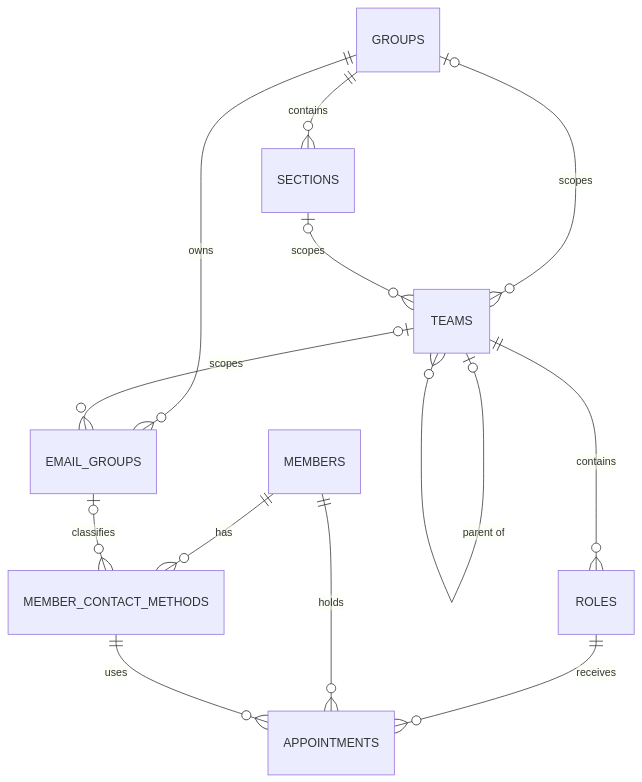
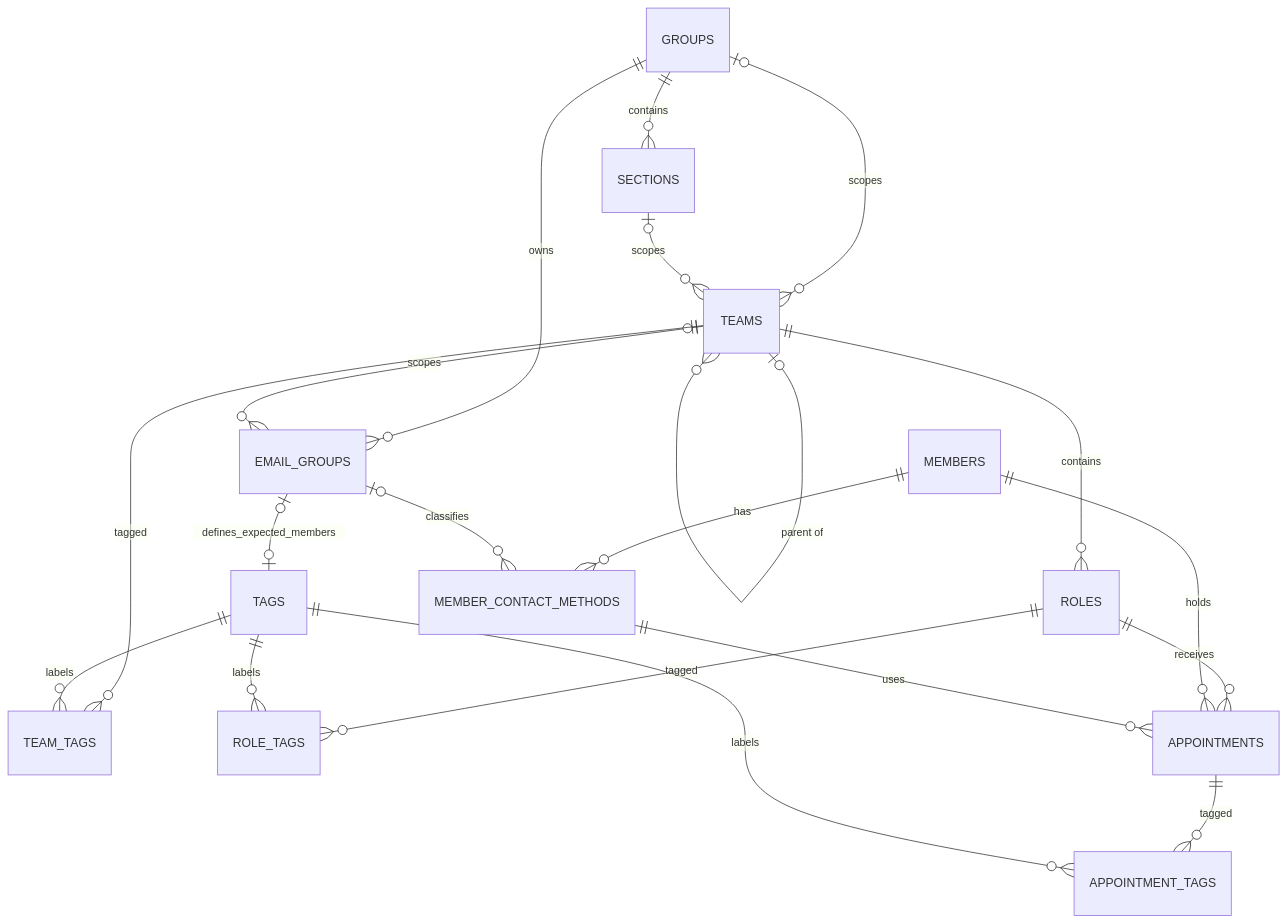
One commit to LBDistrictScouts/DistrictTeam changed the diagram in DATA_SCHEMA.md. Above: the diagram before and after it, drawn with Mermaid. The commit also changed other lines of this file and 56 other files, not shown here.

````diff
--- a/DATA_SCHEMA.md
+++ b/DATA_SCHEMA.md
@@ -9,15 +9,22 @@
 ```mermaid
 erDiagram
     GROUPS ||--o{ SECTIONS : contains
     GROUPS o|--o{ TEAMS : scopes
     GROUPS ||--o{ EMAIL_GROUPS : owns
+    EMAIL_GROUPS o|--o| TAGS : defines_expected_members
     SECTIONS o|--o{ TEAMS : scopes
     TEAMS o|--o{ TEAMS : "parent of"
     TEAMS o|--o{ EMAIL_GROUPS : scopes
     TEAMS ||--o{ ROLES : contains
+    TEAMS ||--o{ TEAM_TAGS : tagged
+    TAGS ||--o{ TEAM_TAGS : labels
+    ROLES ||--o{ ROLE_TAGS : tagged
+    TAGS ||--o{ ROLE_TAGS : labels
     MEMBERS ||--o{ MEMBER_CONTACT_METHODS : has
     EMAIL_GROUPS o|--o{ MEMBER_CONTACT_METHODS : classifies
     ROLES ||--o{ APPOINTMENTS : receives
     MEMBERS ||--o{ APPOINTMENTS : holds
     MEMBER_CONTACT_METHODS ||--o{ APPOINTMENTS : uses
+    APPOINTMENTS ||--o{ APPOINTMENT_TAGS : tagged
+    TAGS ||--o{ APPOINTMENT_TAGS : labels
 ```
````
